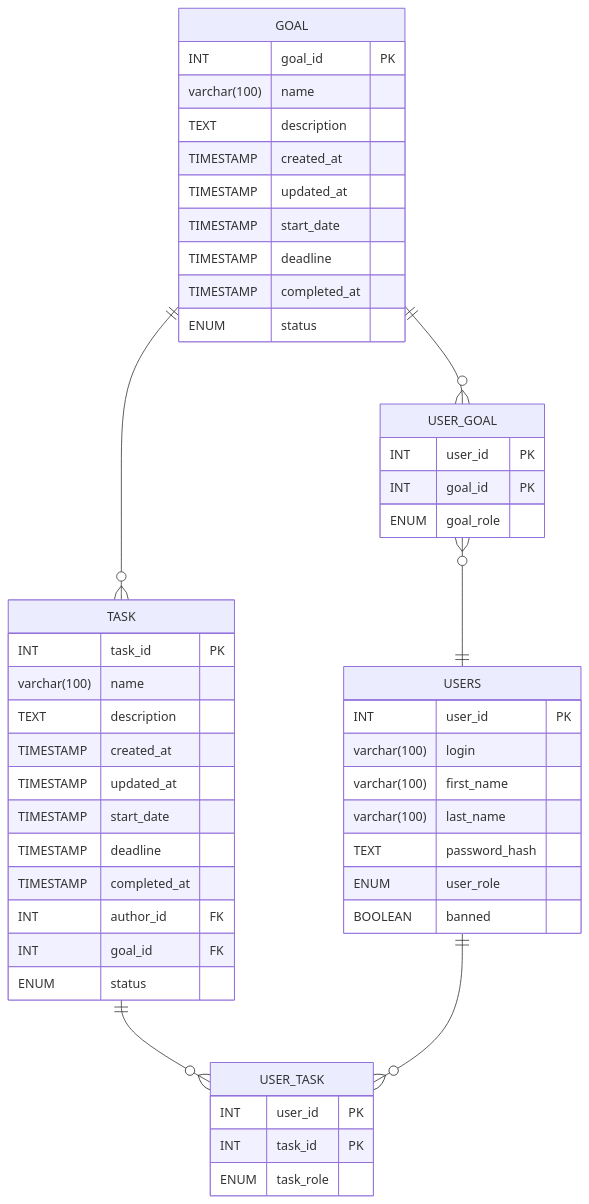
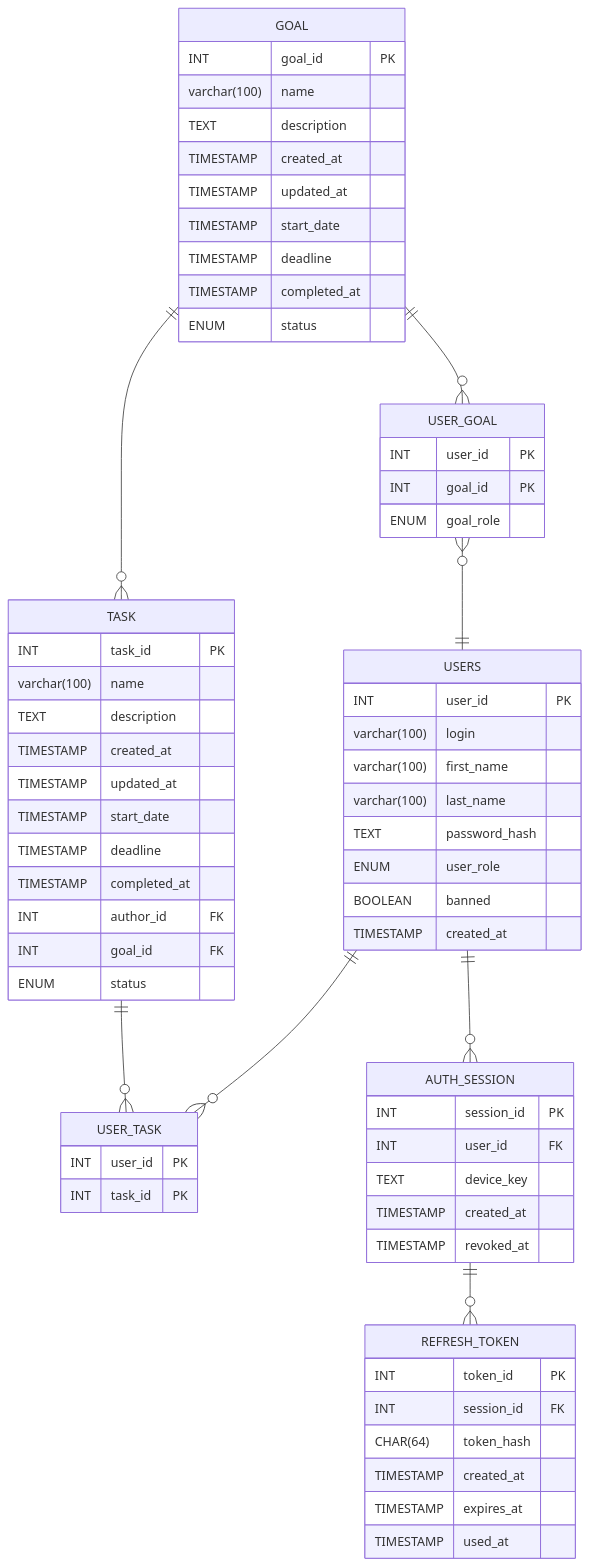
The first of 3 diagrams in README.md (MrPranikof/TManage), drawn with Mermaid before and after one commit. The commit also changed other lines of this file and 19 other files, not shown here.

````diff
--- a/README.md
+++ b/README.md
@@ -95,56 +126,75 @@
 ```mermaid
 erDiagram
     TASK ||--o{ USER_TASK : " "
     USERS ||--o{ USER_TASK : " "
     GOAL ||--o{ USER_GOAL : " "
     USER_GOAL }o--|| USERS : " "
     GOAL ||--o{ TASK : ""
+    USERS ||--o{ AUTH_SESSION : " "
+    AUTH_SESSION ||--o{ REFRESH_TOKEN : " "
 
   USERS {
       INT user_id PK
       varchar(100) login
       varchar(100) first_name
       varchar(100) last_name
       TEXT password_hash
       ENUM user_role
       BOOLEAN banned
+      TIMESTAMP created_at
   }
   
   GOAL {
       INT goal_id PK
       varchar(100) name
       TEXT description
       TIMESTAMP created_at
       TIMESTAMP updated_at
       TIMESTAMP start_date
       TIMESTAMP deadline
       TIMESTAMP completed_at
       ENUM status
   }
   
   TASK {
       INT task_id PK
       varchar(100) name
       TEXT description
       TIMESTAMP created_at
       TIMESTAMP updated_at
       TIMESTAMP start_date
       TIMESTAMP deadline
       TIMESTAMP completed_at
       INT author_id FK
       INT goal_id FK
       ENUM status
   }
   
   USER_TASK {
       INT user_id PK
       INT task_id PK
-      ENUM task_role
   }
   
   USER_GOAL {
       INT user_id PK
       INT goal_id PK
       ENUM goal_role
   }
+
+  AUTH_SESSION {
+      INT session_id PK
+      INT user_id FK
+      TEXT device_key
+      TIMESTAMP created_at
+      TIMESTAMP revoked_at
+  }
+
+  REFRESH_TOKEN {
+      INT token_id PK
+      INT session_id FK
+      CHAR(64) token_hash
+      TIMESTAMP created_at
+      TIMESTAMP expires_at
+      TIMESTAMP used_at
+  }
 ```
````
